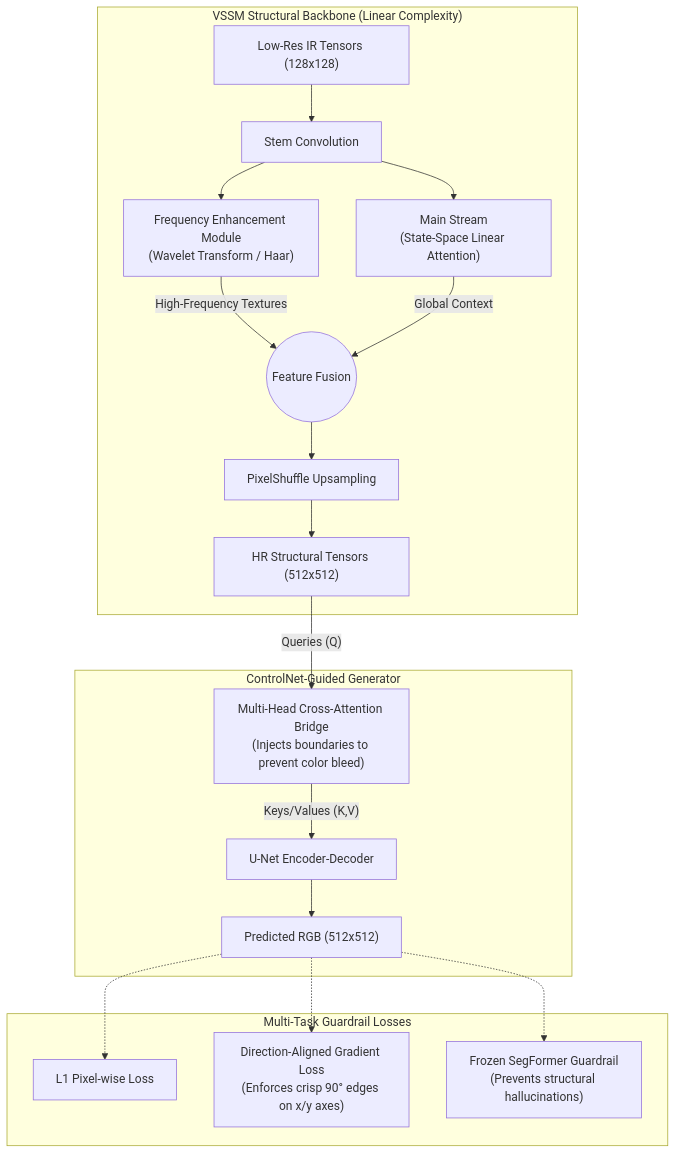
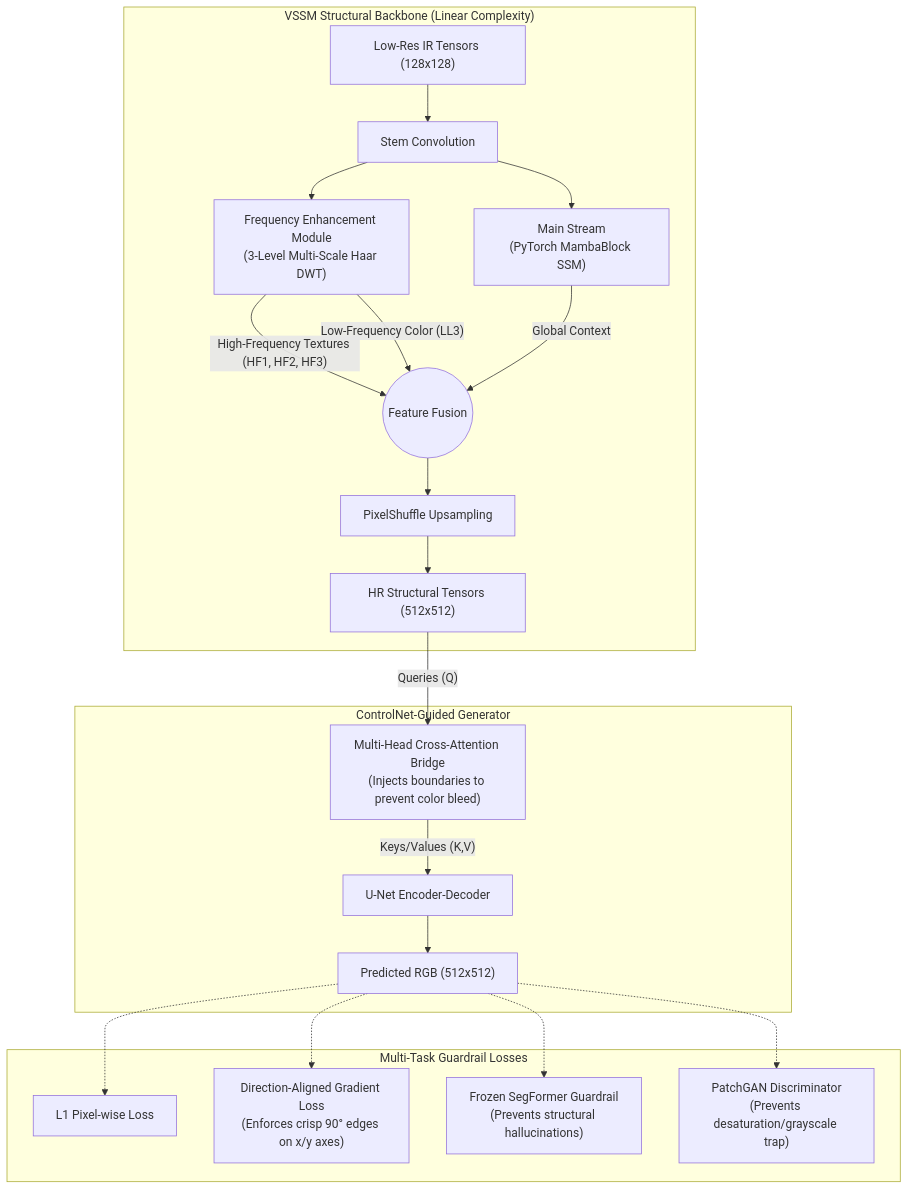
One commit to rohit-debnath24/IR-Image-Colouring changed the first of 3 diagrams in docs/v2_architecture.md. Above: the diagram before and after it, drawn with Mermaid. The commit also changed other lines of this file and 2 other files, not shown here.

````diff
--- a/docs/v2_architecture.md
+++ b/docs/v2_architecture.md
@@ -9,26 +9,28 @@
 ```mermaid
 flowchart TD
     subgraph "VSSM Structural Backbone (Linear Complexity)"
         IR_In["Low-Res IR Tensors (128x128)"] --> Stem["Stem Convolution"]
-        Stem --> MainStream["Main Stream\n(State-Space Linear Attention)"]
-        Stem --> FEM["Frequency Enhancement Module\n(Wavelet Transform / Haar)"]
+        Stem --> MainStream["Main Stream\n(PyTorch MambaBlock SSM)"]
+        Stem --> FEM["Frequency Enhancement Module\n(3-Level Multi-Scale Haar DWT)"]
       
-        FEM -- "High-Frequency Textures" --> Fusion(("Feature Fusion"))
+        FEM -- "High-Frequency Textures (HF1, HF2, HF3)" --> Fusion(("Feature Fusion"))
+        FEM -- "Low-Frequency Color (LL3)" --> Fusion
         MainStream -- "Global Context" --> Fusion
       
         Fusion --> Up["PixelShuffle Upsampling"]
         Up --> VSSM_Out["HR Structural Tensors (512x512)"]
     end
   
     subgraph "ControlNet-Guided Generator"
         VSSM_Out -- "Queries (Q)" --> CA["Multi-Head Cross-Attention Bridge\n(Injects boundaries to prevent color bleed)"]
         CA -- "Keys/Values (K,V)" --> UNet["U-Net Encoder-Decoder"]
         UNet --> RGB_Out["Predicted RGB (512x512)"]
     end
   
     subgraph "Multi-Task Guardrail Losses"
         RGB_Out -.-> L1["L1 Pixel-wise Loss"]
         RGB_Out -.-> L_Grad["Direction-Aligned Gradient Loss\n(Enforces crisp 90° edges on x/y axes)"]
         RGB_Out -.-> L_Sem["Frozen SegFormer Guardrail\n(Prevents structural hallucinations)"]
+        RGB_Out -.-> L_Adv["PatchGAN Discriminator\n(Prevents desaturation/grayscale trap)"]
     end
 ```
````
